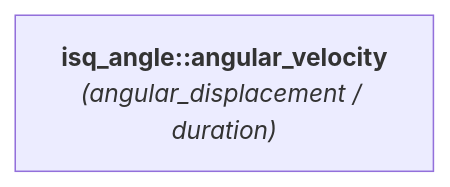
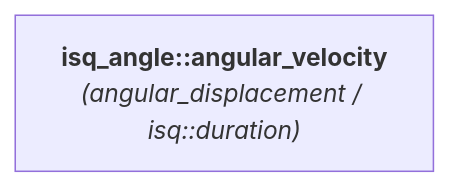
The diagram in docs/reference/systems_reference/hierarchies/angular_velocity_isq_angle.md (mpusz/mp-units), drawn with Mermaid before and after one commit. The commit also changed 27 other files, not shown here.

````diff
--- a/docs/reference/systems_reference/hierarchies/angular_velocity_isq_angle.md
+++ b/docs/reference/systems_reference/hierarchies/angular_velocity_isq_angle.md
@@ -8,4 +8,4 @@
 ```mermaid
 flowchart LR
-    isq_angle_angular_velocity["<b>isq_angle::angular_velocity</b><br><i>(angular_displacement / duration)</i>"]
+    isq_angle_angular_velocity["<b>isq_angle::angular_velocity</b><br><i>(angular_displacement / isq::duration)</i>"]
 ```
````
